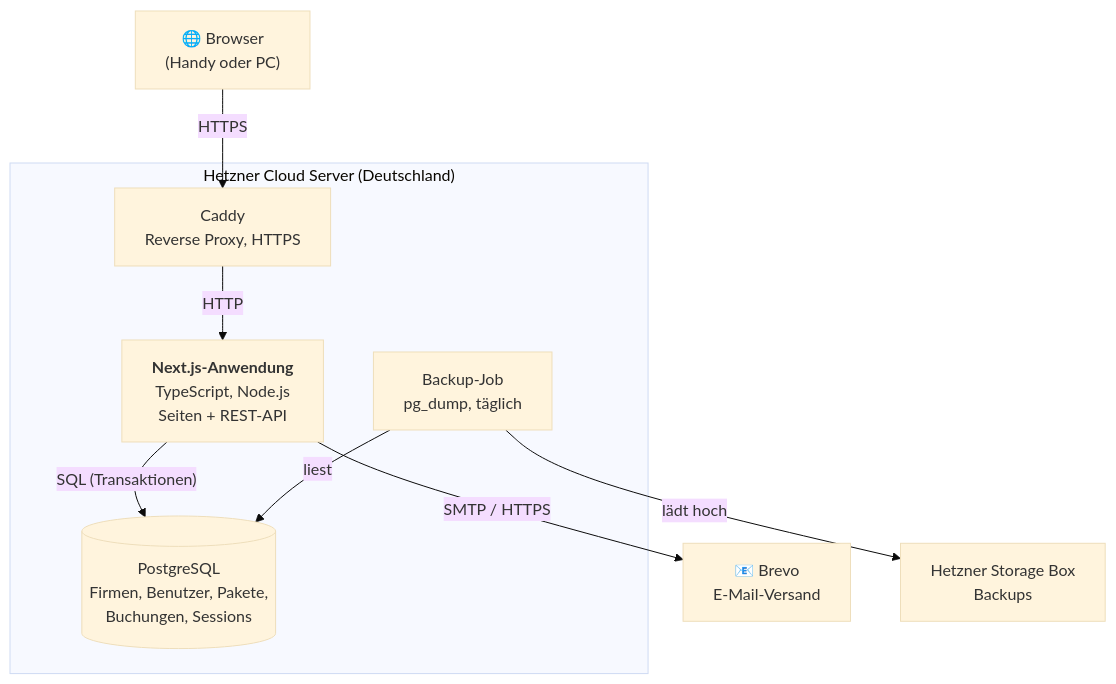
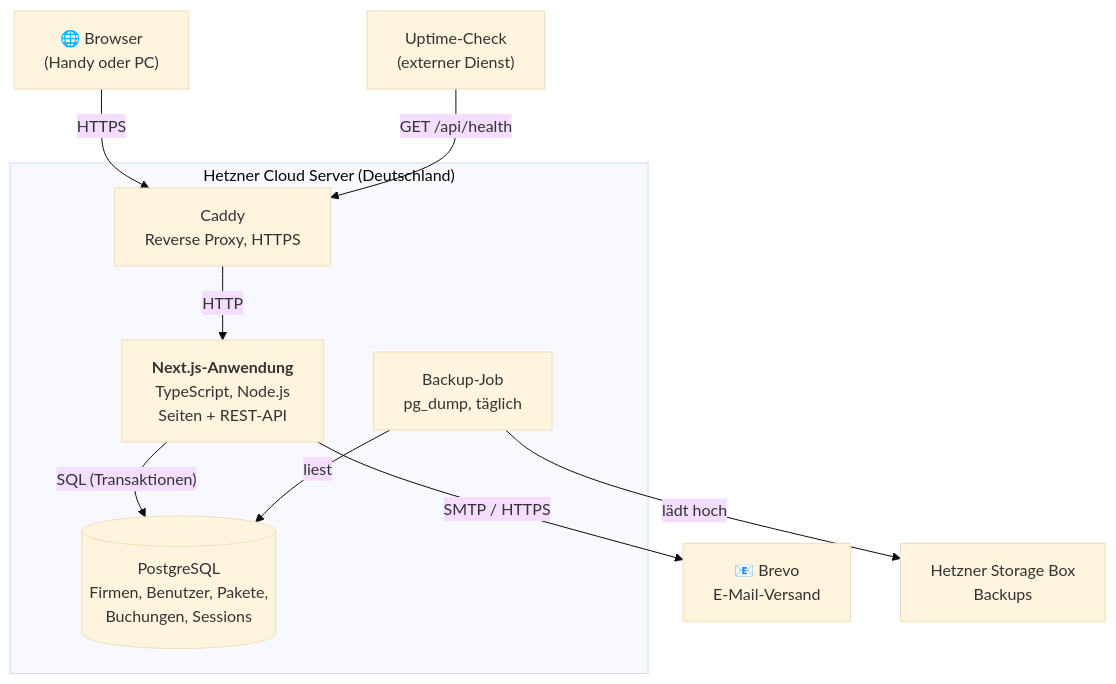
Before and after one commit to se26m047/prepaidhours: the second of 6 diagrams in docs/architecture.md, drawn with Mermaid (base theme). The commit also changed other lines of this file and 6 other files, not shown here.

First line of the commit message:
docs: apply Phase 2 architecture review findings

````diff
--- a/docs/architecture.md
+++ b/docs/architecture.md
@@ -83,21 +83,23 @@
 ```mermaid
 flowchart TB
     browser["🌐 Browser<br/>(Handy oder PC)"]
 
     subgraph server["Hetzner Cloud Server (Deutschland)"]
         caddy["Caddy<br/>Reverse Proxy, HTTPS"]
         app["<b>Next.js-Anwendung</b><br/>TypeScript, Node.js<br/>Seiten + REST-API"]
         db[("PostgreSQL<br/>Firmen, Benutzer, Pakete,<br/>Buchungen, Sessions")]
         backup["Backup-Job<br/>pg_dump, täglich"]
     end
 
     brevo["📧 Brevo<br/>E-Mail-Versand"]
     storage["Hetzner Storage Box<br/>Backups"]
+    uptime["Uptime-Check<br/>(externer Dienst)"]
 
     browser -- "HTTPS" --> caddy
     caddy -- "HTTP" --> app
     app -- "SQL (Transaktionen)" --> db
     app -- "SMTP / HTTPS" --> brevo
     backup -- "liest" --> db
     backup -- "lädt hoch" --> storage
+    uptime -- "GET /api/health" --> caddy
 ```
````
